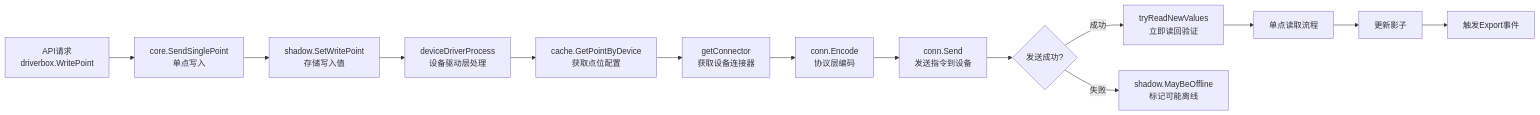
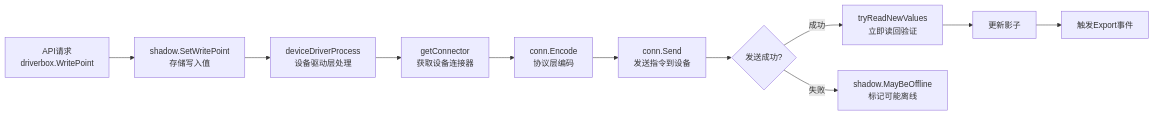
One commit to ibuilding-X/driver-box changed the eighth of 9 diagrams in pages/src/content/docs/concepts/architecture.mdx. Above: the diagram before and after it, drawn with Mermaid. The commit also changed other lines of this file, not shown here.

First line of the commit message:
docs(architecture): 更新架构文档增加详细分层设计和流程说明

````diff
--- a/pages/src/content/docs/concepts/architecture.mdx
+++ b/pages/src/content/docs/concepts/architecture.mdx
@@ -363,16 +375,13 @@
 ```mermaid
 flowchart LR
-    A[API请求<br/>driverbox.WritePoint] --> B[core.SendSinglePoint<br/>单点写入]
-    B --> C[shadow.SetWritePoint<br/>存储写入值]
-    C --> D[deviceDriverProcess<br/>设备驱动层处理]
-    D --> E[cache.GetPointByDevice<br/>获取点位配置]
-    E --> F[getConnector<br/>获取设备连接器]
-    F --> G[conn.Encode<br/>协议层编码]
-    G --> H[conn.Send<br/>发送指令到设备]
-    H --> I{发送成功?}
-    I -->|成功| J[tryReadNewValues<br/>立即读回验证]
-    I -->|失败| K[shadow.MayBeOffline<br/>标记可能离线]
-    J --> L[单点读取流程]
-    L --> M[更新影子]
-    M --> N[触发Export事件]
+    A[API请求<br/>driverbox.WritePoint] --> B[shadow.SetWritePoint<br/>存储写入值]
+    B --> C[deviceDriverProcess<br/>设备驱动层处理]
+    C --> D[getConnector<br/>获取设备连接器]
+    D --> E[conn.Encode<br/>协议层编码]
+    E --> F[conn.Send<br/>发送指令到设备]
+    F --> G{发送成功?}
+    G -->|成功| H[tryReadNewValues<br/>立即读回验证]
+    G -->|失败| I[shadow.MayBeOffline<br/>标记可能离线]
+    H --> J[更新影子]
+    J --> K[触发Export事件]
 ```
````
